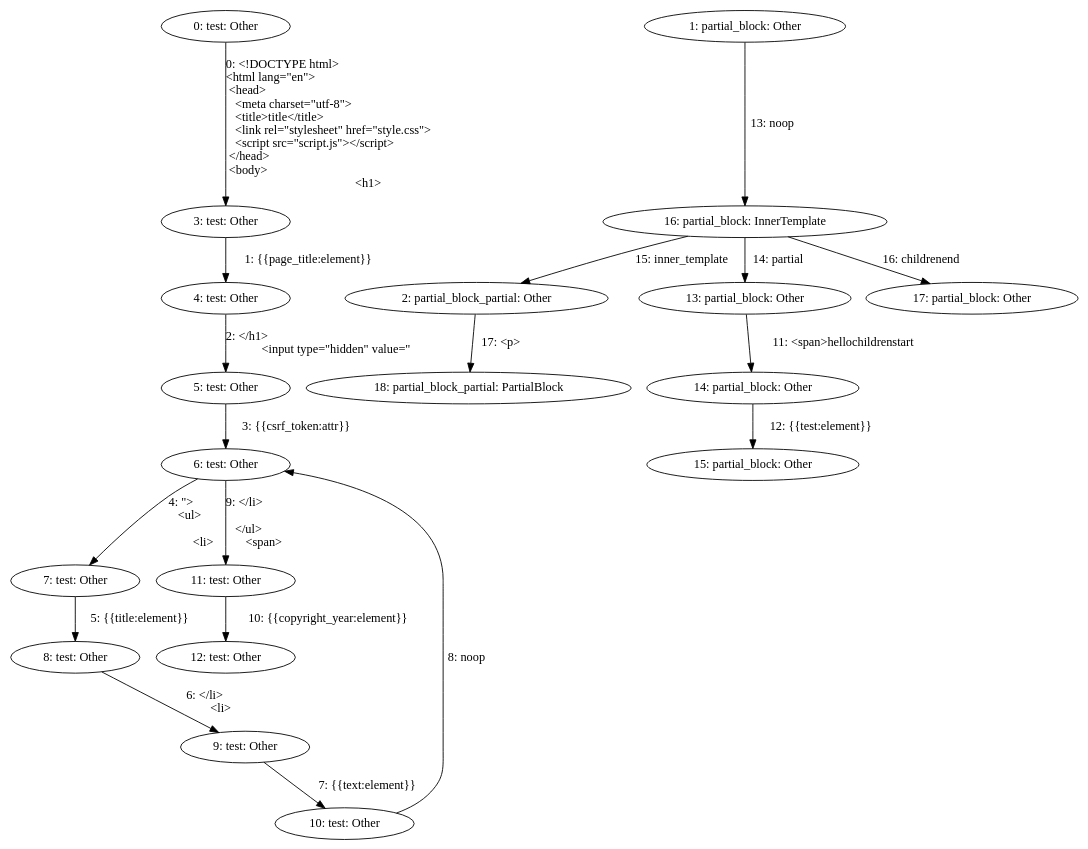
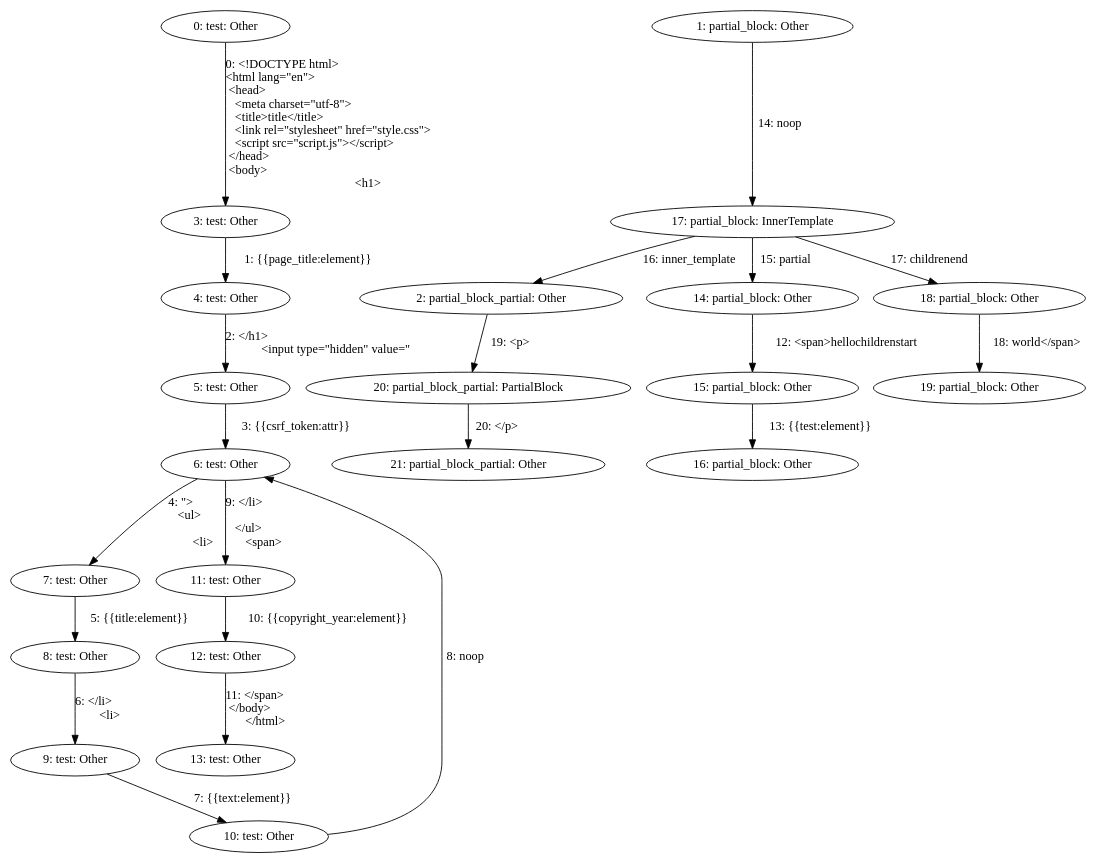
The diagram in zero-cost-templating/test,partial_block,partial_block_partial.dot (mohe2015/zero-cost-templating), drawn with Graphviz before and after one commit. The commit also changed 5 other files, not shown here.

```diff
--- a/zero-cost-templating/test,partial_block,partial_block_partial.dot
+++ b/zero-cost-templating/test,partial_block,partial_block_partial.dot
@@ -1,39 +1,45 @@
 digraph {
     0 [ label = "0: test: Other" ]
     1 [ label = "1: partial_block: Other" ]
     2 [ label = "2: partial_block_partial: Other" ]
     3 [ label = "3: test: Other" ]
     4 [ label = "4: test: Other" ]
     5 [ label = "5: test: Other" ]
     6 [ label = "6: test: Other" ]
     7 [ label = "7: test: Other" ]
     8 [ label = "8: test: Other" ]
     9 [ label = "9: test: Other" ]
     10 [ label = "10: test: Other" ]
     11 [ label = "11: test: Other" ]
     12 [ label = "12: test: Other" ]
-    13 [ label = "13: partial_block: Other" ]
+    13 [ label = "13: test: Other" ]
     14 [ label = "14: partial_block: Other" ]
     15 [ label = "15: partial_block: Other" ]
-    16 [ label = "16: partial_block: InnerTemplate" ]
-    17 [ label = "17: partial_block: Other" ]
-    18 [ label = "18: partial_block_partial: PartialBlock" ]
+    16 [ label = "16: partial_block: Other" ]
+    17 [ label = "17: partial_block: InnerTemplate" ]
+    18 [ label = "18: partial_block: Other" ]
+    19 [ label = "19: partial_block: Other" ]
+    20 [ label = "20: partial_block_partial: PartialBlock" ]
+    21 [ label = "21: partial_block_partial: Other" ]
     0 -> 3 [ label = "0: <!DOCTYPE html>\l<html lang=\"en\">\l  <head>\l    <meta charset=\"utf-8\">\l    <title>title</title>\l    <link rel=\"stylesheet\" href=\"style.css\">\l    <script src=\"script.js\"></script>\l  </head>\l  <body>\l    <h1>" ]
     3 -> 4 [ label = "1: {{page_title:element}}" ]
     4 -> 5 [ label = "2: </h1>\l    <input type=\"hidden\" value=\"" ]
     5 -> 6 [ label = "3: {{csrf_token:attr}}" ]
     6 -> 7 [ label = "4: \">\l    <ul>\l    \l      <li>" ]
     7 -> 8 [ label = "5: {{title:element}}" ]
     8 -> 9 [ label = "6: </li>\l      <li>" ]
     9 -> 10 [ label = "7: {{text:element}}" ]
     10 -> 6 [ label = "8: noop" ]
     6 -> 11 [ label = "9: </li>\l    \l    </ul>\l    <span>" ]
     11 -> 12 [ label = "10: {{copyright_year:element}}" ]
-    13 -> 14 [ label = "11: <span>hellochildrenstart" ]
-    14 -> 15 [ label = "12: {{test:element}}" ]
-    1 -> 16 [ label = "13: noop" ]
-    16 -> 13 [ label = "14: partial" ]
-    16 -> 2 [ label = "15: inner_template" ]
-    16 -> 17 [ label = "16: childrenend" ]
-    2 -> 18 [ label = "17: <p>" ]
+    12 -> 13 [ label = "11: </span>\l  </body>\l</html>" ]
+    14 -> 15 [ label = "12: <span>hellochildrenstart" ]
+    15 -> 16 [ label = "13: {{test:element}}" ]
+    1 -> 17 [ label = "14: noop" ]
+    17 -> 14 [ label = "15: partial" ]
+    17 -> 2 [ label = "16: inner_template" ]
+    17 -> 18 [ label = "17: childrenend" ]
+    18 -> 19 [ label = "18: world</span>" ]
+    2 -> 20 [ label = "19: <p>" ]
+    20 -> 21 [ label = "20: </p>" ]
 }
```
